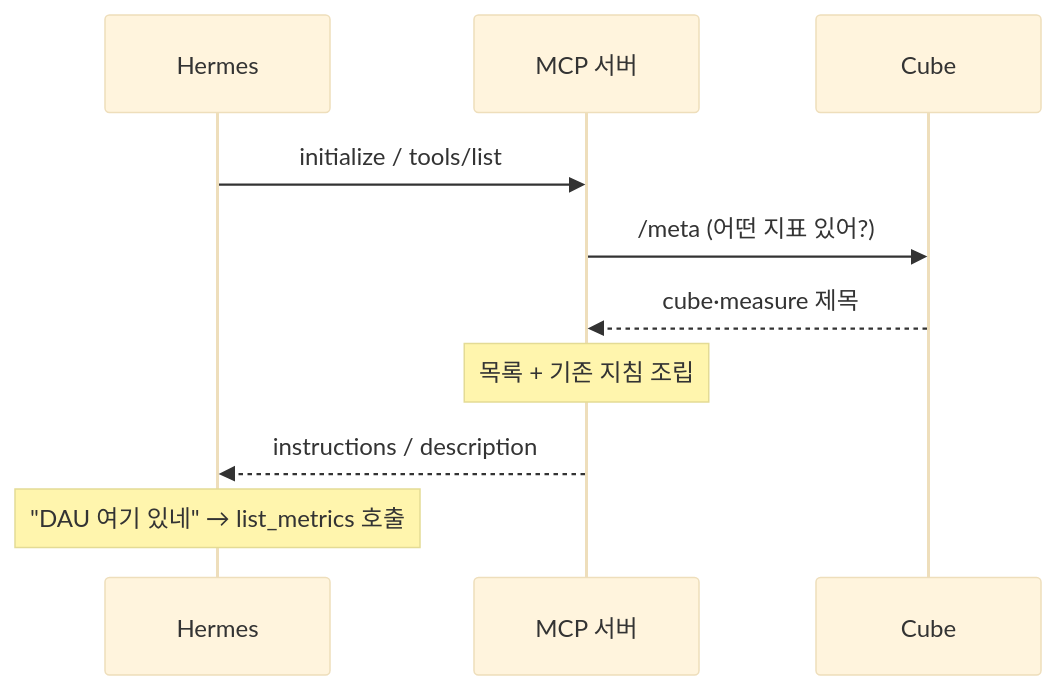
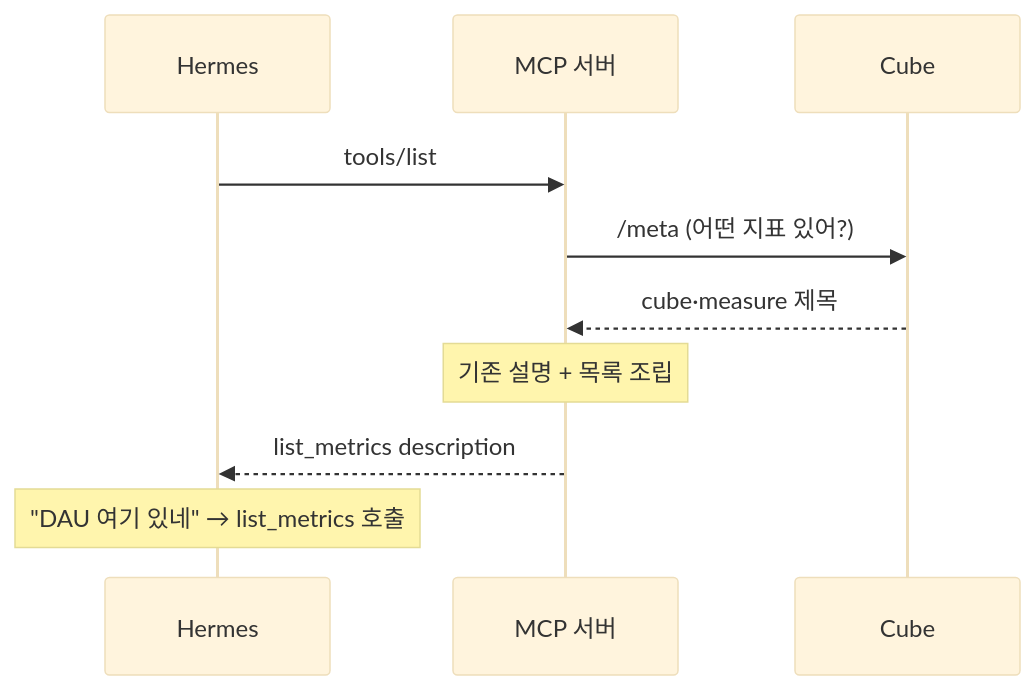
The seventh of 7 diagrams in 2026/11/16-hermes-slack-bot-mcp-troubleshooting.md (suojae/DAE_study_with_claude), drawn with Mermaid (base theme) before and after one commit. The commit also changed other lines of this file and 2 other files, not shown here.

Commit message:
docs: 데이터 범위를 도구 설명 한 곳에만 싣도록 바뀐 설계를 반영한다

````diff
--- a/2026/11/16-hermes-slack-bot-mcp-troubleshooting.md
+++ b/2026/11/16-hermes-slack-bot-mcp-troubleshooting.md
@@ -200,12 +200,12 @@
 ```mermaid
 sequenceDiagram
     participant H as Hermes
     participant M as MCP 서버
     participant C as Cube
-    H->>M: initialize / tools/list
+    H->>M: tools/list
     M->>C: /meta (어떤 지표 있어?)
     C-->>M: cube·measure 제목
-    Note over M: 목록 + 기존 지침 조립
-    M-->>H: instructions / description
+    Note over M: 기존 설명 + 목록 조립
+    M-->>H: list_metrics description
     Note over H: "DAU 여기 있네" → list_metrics 호출
 ```
````
